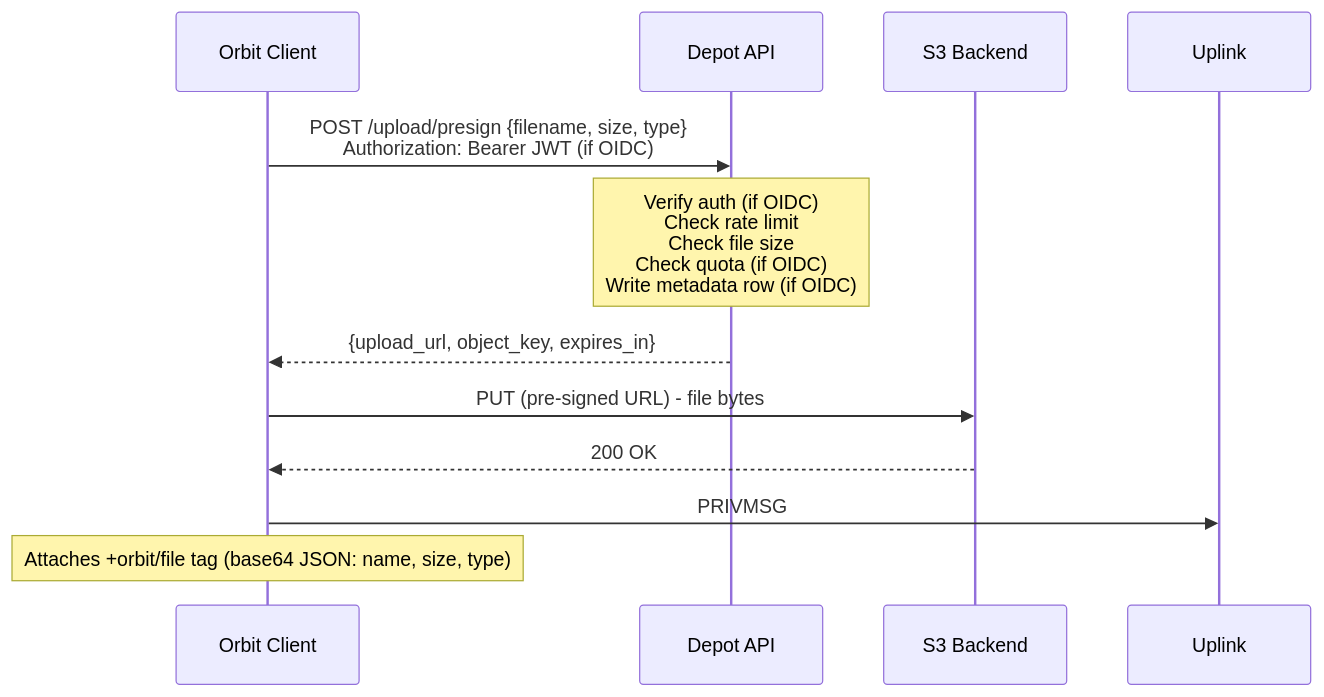
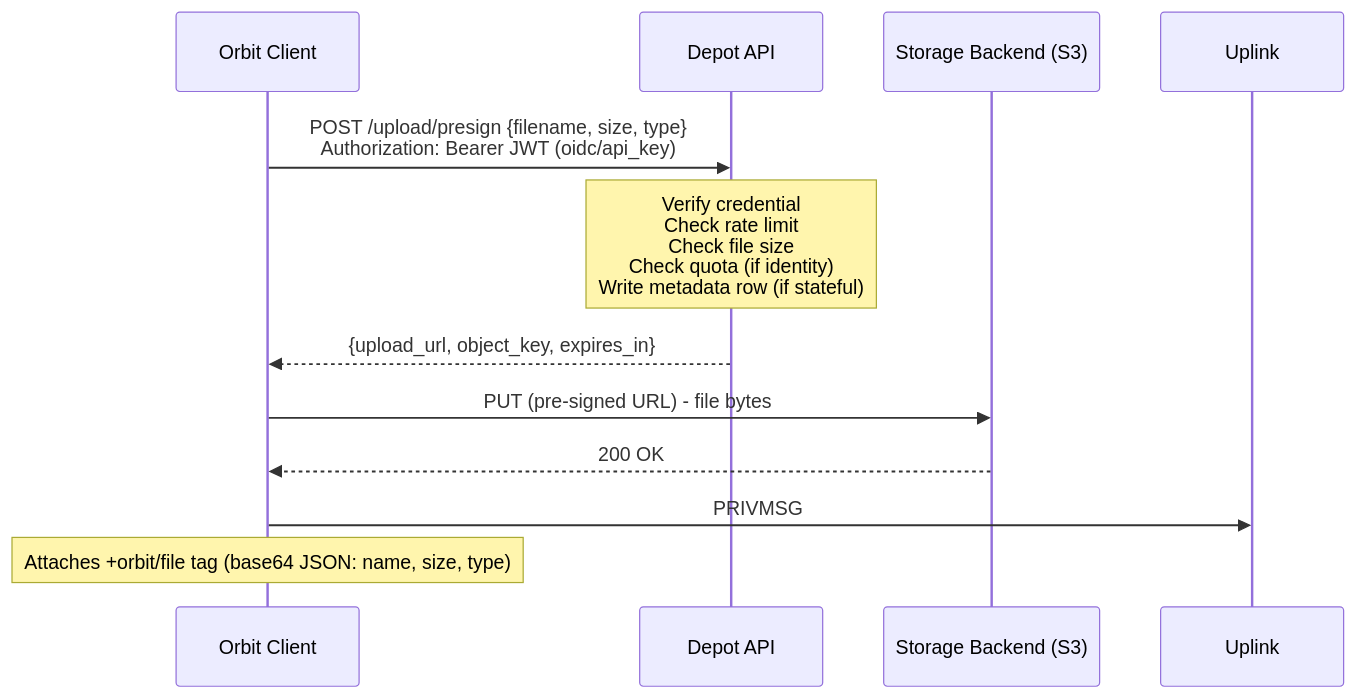
One commit to hivecom/orbit-spec changed the diagram in spec/02-components/03-depot.md. Above: the diagram before and after it, drawn with Mermaid. The commit also changed other lines of this file and 22 other files, not shown here.

````diff
--- a/spec/02-components/03-depot.md
+++ b/spec/02-components/03-depot.md
@@ -44,17 +124,17 @@
 ```mermaid
 sequenceDiagram
     participant U as Orbit Client
     participant D as Depot API
-    participant S3 as S3 Backend
+    participant S3 as Storage Backend (S3)
     participant GC as Uplink
 
-    U->>D: POST /upload/presign {filename, size, type}<br/>Authorization: Bearer JWT (if OIDC)
-    Note over D: Verify auth (if OIDC)<br/>Check rate limit<br/>Check file size<br/>Check quota (if OIDC)<br/>Write metadata row (if OIDC)
+    U->>D: POST /upload/presign {filename, size, type}<br/>Authorization: Bearer JWT (oidc/api_key)
+    Note over D: Verify credential<br/>Check rate limit<br/>Check file size<br/>Check quota (if identity)<br/>Write metadata row (if stateful)
     D-->>U: {upload_url, object_key, expires_in}
 
     U->>S3: PUT (pre-signed URL) - file bytes
     S3-->>U: 200 OK
 
     U->>GC: PRIVMSG #channel :https://depot.example.com/uploads/...
     Note over U: Attaches +orbit/file tag (base64 JSON: name, size, type)
 ```
````
